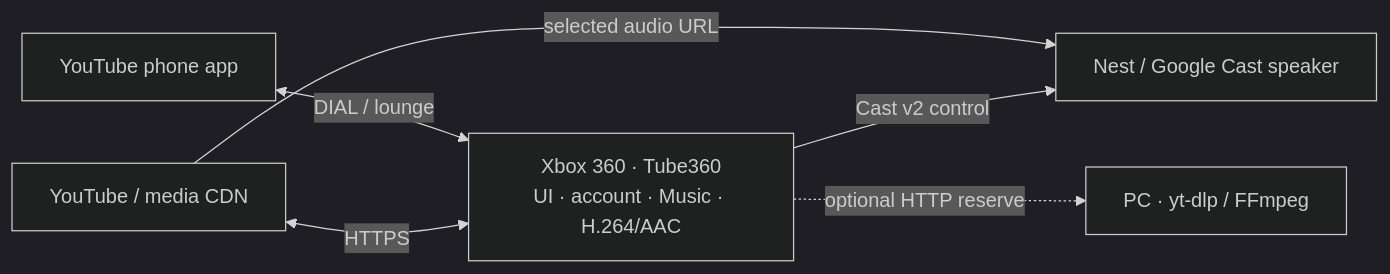
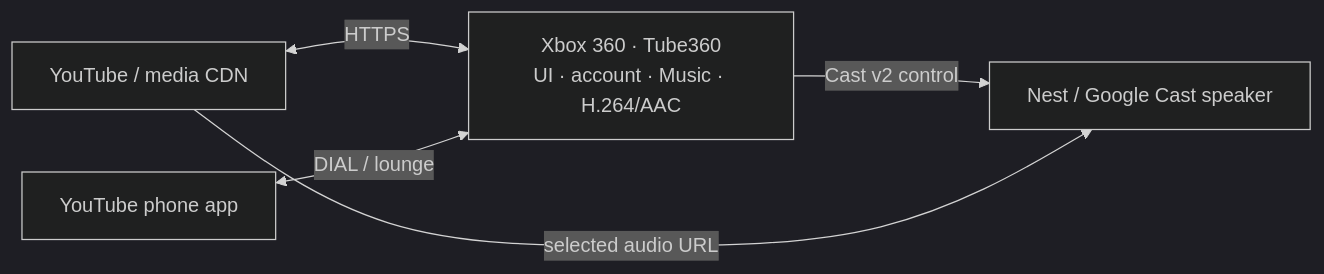
Before and after one commit to PedroHenrique0713/tube360: the diagram in README.md, drawn with Mermaid (dark theme). The commit also changed other lines of this file and 5 other files, not shown here.

````diff
--- a/README.md
+++ b/README.md
@@ -140,8 +143,7 @@
 ```mermaid
 flowchart LR
     YT["YouTube / media CDN"] <-->|HTTPS| X["Xbox 360 · Tube360<br/>UI · account · Music · H.264/AAC"]
     P["YouTube phone app"] <-->|DIAL / lounge| X
     X -->|Cast v2 control| N["Nest / Google Cast speaker"]
     YT -->|selected audio URL| N
-    X -. optional HTTP reserve .-> S["PC · yt-dlp / FFmpeg"]
 ```
````
